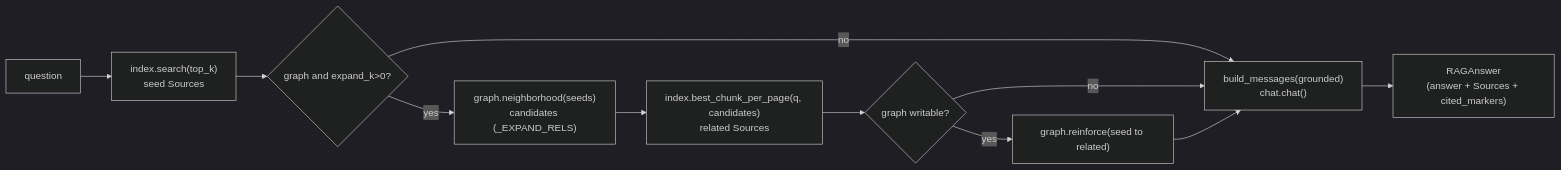
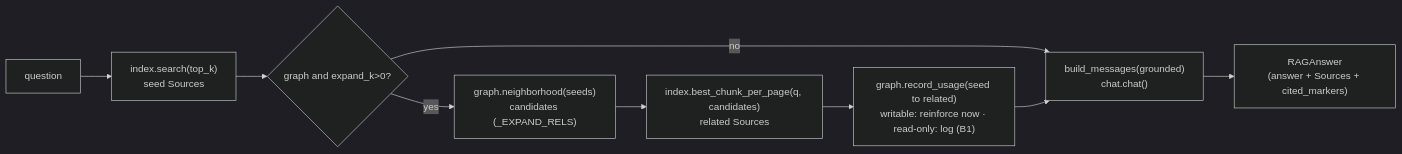
Before and after one commit to Neuroant/OpenWiki: the third of 3 diagrams in docs/arc42/05-building-block-view.md, drawn with Mermaid (dark theme). The commit also changed other lines of this file and 11 other files, not shown here.

````diff
--- a/docs/arc42/05-building-block-view.md
+++ b/docs/arc42/05-building-block-view.md
@@ -206,13 +214,11 @@
 ```mermaid
 flowchart LR
   q["question"] --> s["index.search(top_k)\nseed Sources"]
   s --> g{"graph and expand_k>0?"}
   g -- no --> prompt
   g -- yes --> nb["graph.neighborhood(seeds)\ncandidates (_EXPAND_RELS)"]
   nb --> rr["index.best_chunk_per_page(q, candidates)\nrelated Sources"]
-  rr --> reinf{"graph writable?"}
-  reinf -- yes --> rin["graph.reinforce(seed to related)"]
-  reinf -- no --> prompt
-  rin --> prompt["build_messages(grounded)\nchat.chat()"]
+  rr --> rec["graph.record_usage(seed to related)\nwritable: reinforce now · read-only: log (B1)"]
+  rec --> prompt["build_messages(grounded)\nchat.chat()"]
   prompt --> ans["RAGAnswer\n(answer + Sources + cited_markers)"]
 ```
````
